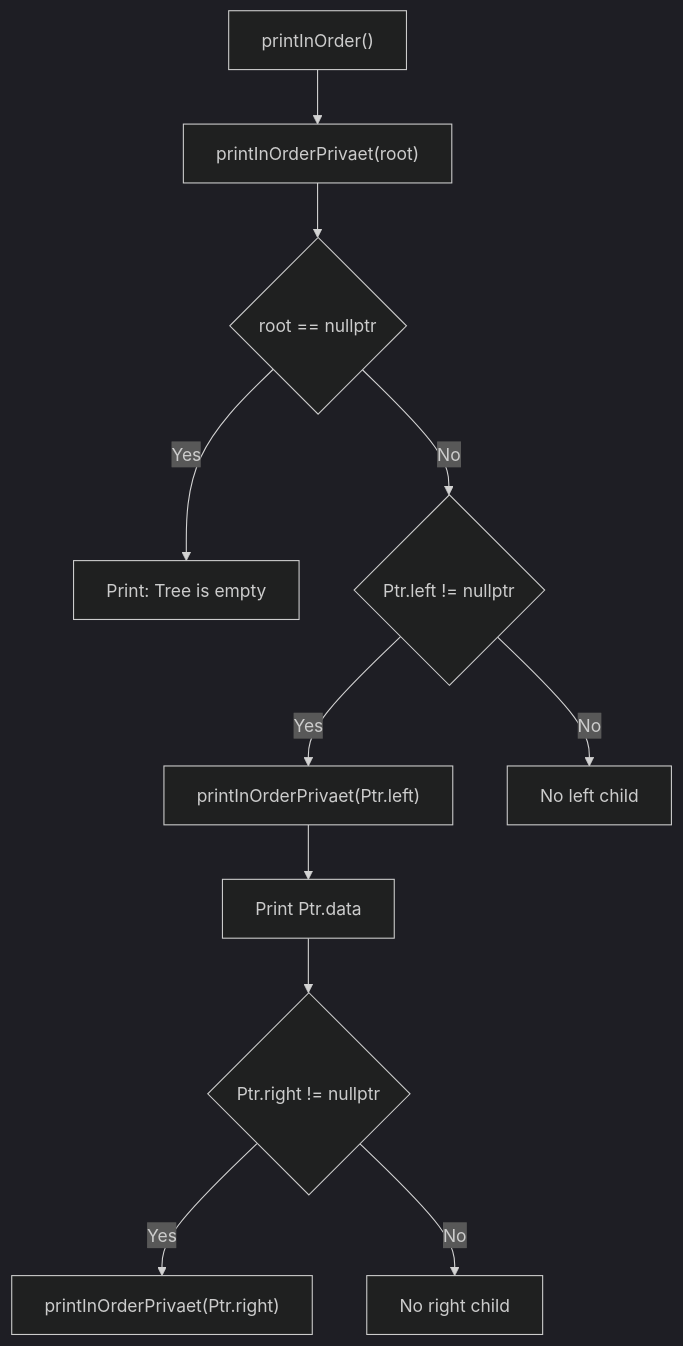
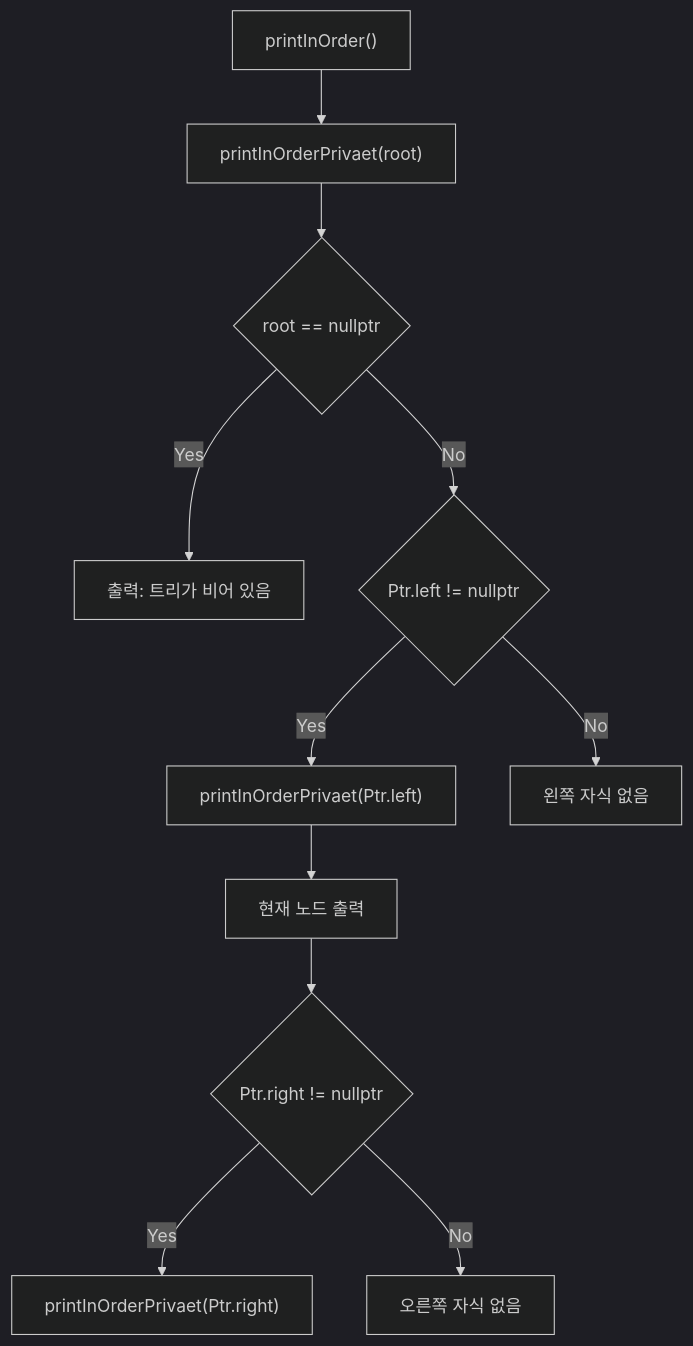
The third of 4 diagrams in BinarySearchTree02/README.MD (kyungsikjeung/cpptutorial), drawn with Mermaid (dark theme) before and after one commit. The commit also changed other lines of this file, not shown here.

````diff
--- a/BinarySearchTree02/README.MD
+++ b/BinarySearchTree02/README.MD
@@ -67,13 +69,13 @@
 ```mermaid
 flowchart TD
     A["printInOrder()"] --> B["printInOrderPrivaet(root)"]
     B --> C{"root == nullptr"}
-    C -- "Yes" --> D["Print: Tree is empty"]
+    C -- "Yes" --> D["출력: 트리가 비어 있음"]
     C -- "No" --> E{"Ptr.left != nullptr"}
     E -- "Yes" --> F["printInOrderPrivaet(Ptr.left)"]
-    E -- "No" --> G["No left child"]
-    F --> H["Print Ptr.data"]
+    E -- "No" --> G["왼쪽 자식 없음"]
+    F --> H["현재 노드 출력"]
     H --> I{"Ptr.right != nullptr"}
     I -- "Yes" --> J["printInOrderPrivaet(Ptr.right)"]
-    I -- "No" --> K["No right child"]
+    I -- "No" --> K["오른쪽 자식 없음"]
 ```
````
